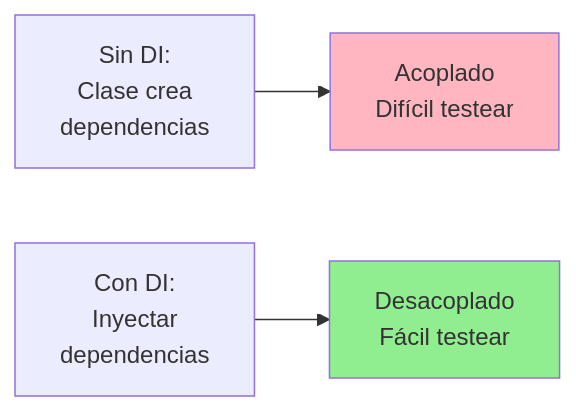
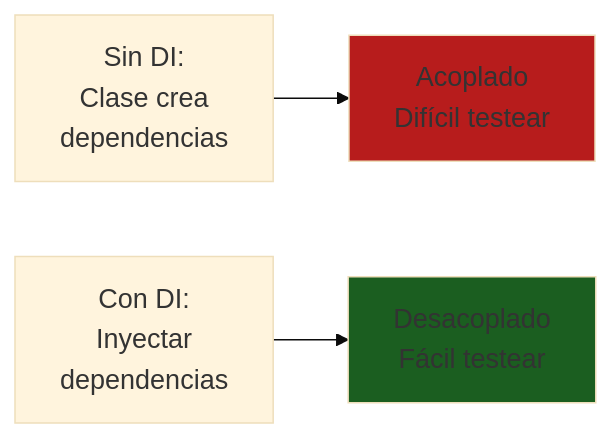
Before and after one commit to Ai-Whisperers/Courses-Content: the sixth of 6 diagrams in courses/🟡-development/FPUNA-2026/01-DESARROLLO-SOFTWARE/02-patrones-diseno.md, drawn with Mermaid. The commit also changed other lines of this file and 47 other files, not shown here.

First line of the commit message:
fix: Make all 473 diagrams WCAG AAA accessible (FPUNA-2026)

````diff
--- a/courses/🟡-development/FPUNA-2026/01-DESARROLLO-SOFTWARE/02-patrones-diseno.md
+++ b/courses/🟡-development/FPUNA-2026/01-DESARROLLO-SOFTWARE/02-patrones-diseno.md
@@ -599,9 +604,10 @@
 ```mermaid
+%%{init: {'theme':'base', 'themeVariables': {'fontSize':'18px'}}}%%
 graph LR
     A[Sin DI:<br/>Clase crea<br/>dependencias] --> B[Acoplado<br/>Difícil testear]
     
     C[Con DI:<br/>Inyectar<br/>dependencias] --> D[Desacoplado<br/>Fácil testear]
     
-    style B fill:#FFB6C1
-    style D fill:#90EE90
+    style B fill:#b71c1c
+    style D fill:#1b5e20
 ```
````
